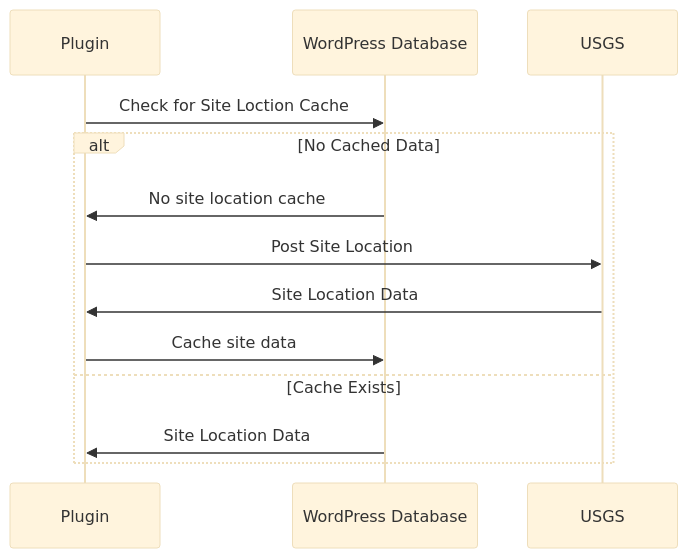
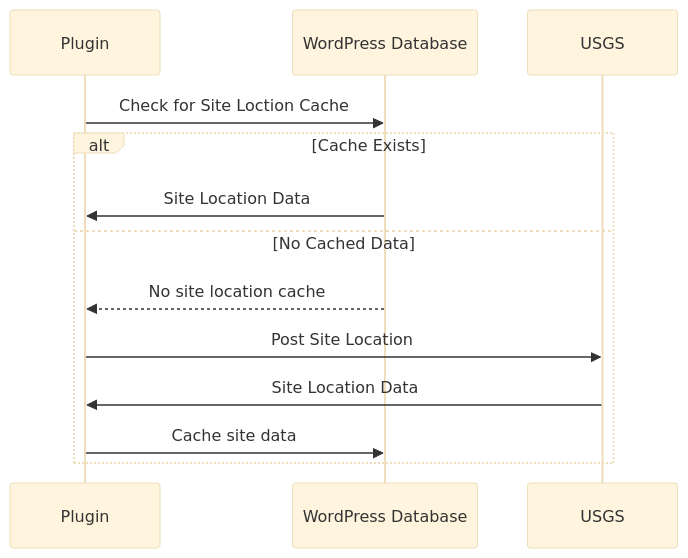
One commit to ChrisMKindred/KWC-USGS changed the diagram in architecture.md. Above: the diagram before and after it, drawn with Mermaid (base theme). The commit also changed other lines of this file, not shown here.

Commit message:
Update diagrame, add description

````diff
--- a/architecture.md
+++ b/architecture.md
@@ -5,15 +7,15 @@
 ```mermaid
 sequenceDiagram
     participant Plugin
     participant wpdb as WordPress Database
     participant USGS
 Plugin->>wpdb: Check for Site Loction Cache
-alt No Cached Data
-	wpdb->>Plugin: No site location cache
+alt Cache Exists
+	wpdb->>Plugin: Site Location Data
+else No Cached Data
+	wpdb-->>Plugin: No site location cache
 	Plugin->>USGS: Post Site Location
 	USGS->>Plugin: Site Location Data
 	Plugin->>wpdb: Cache site data
-else Cache Exists
-	wpdb->>Plugin: Site Location Data
 end
 ```
````
